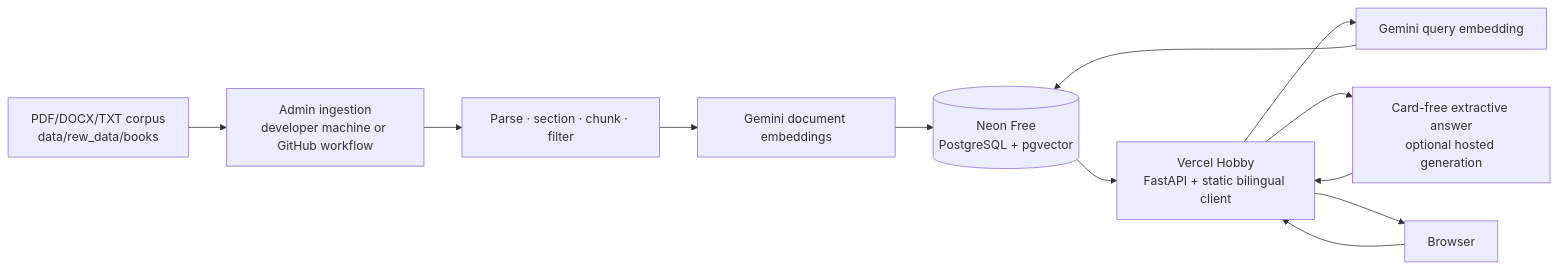
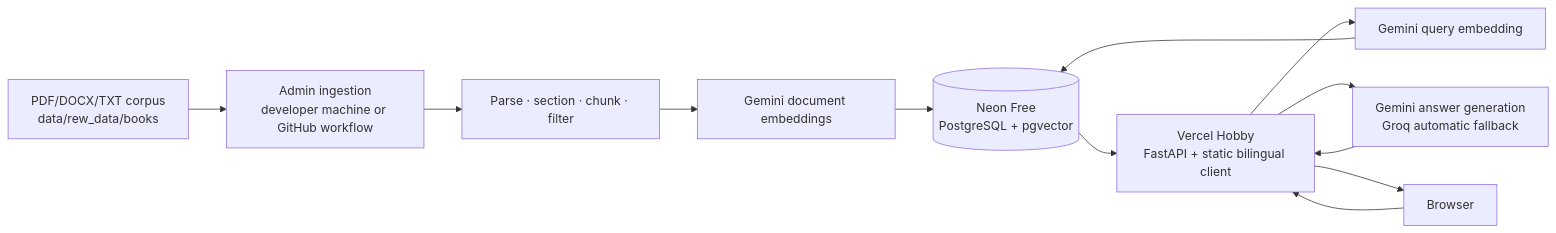
Before and after one commit to ahmedelbamby-aast/Creativa-Hackathon-Clinical-Rag: the fifth of 5 diagrams in README.md, drawn with Mermaid. The commit also changed other lines of this file and 2 other files, not shown here.

````diff
--- a/README.md
+++ b/README.md
@@ -392,16 +395,16 @@
 ```mermaid
 flowchart LR
     corpus["PDF/DOCX/TXT corpus<br/>data/rew_data/books"]
     admin["Admin ingestion<br/>developer machine or GitHub workflow"]
     parsing["Parse · section · chunk · filter"]
     documentEmbeddings["Gemini document embeddings"]
     neon[("Neon Free<br/>PostgreSQL + pgvector")]
     browser["Browser"]
     vercel["Vercel Hobby<br/>FastAPI + static bilingual client"]
     queryEmbedding["Gemini query embedding"]
-    generation["Card-free extractive answer<br/>optional hosted generation"]
+    generation["Gemini answer generation<br/>Groq automatic fallback"]
 
     corpus --> admin --> parsing --> documentEmbeddings --> neon
     browser --> vercel --> queryEmbedding --> neon
     neon --> vercel --> generation --> vercel --> browser
 ```
````
